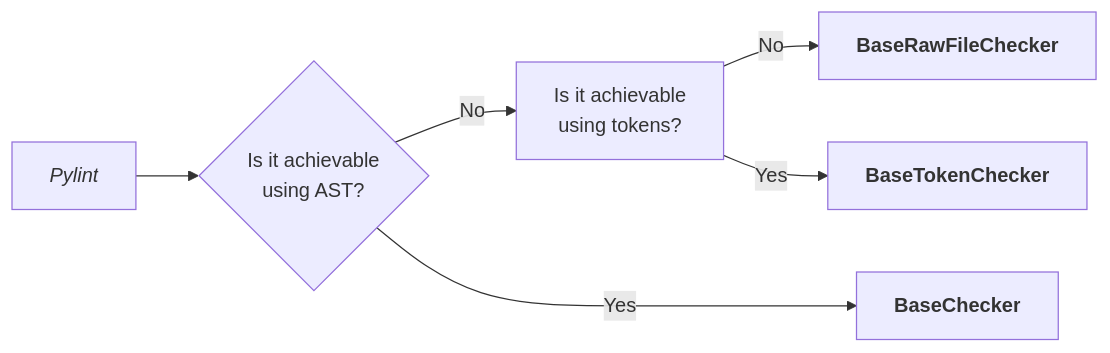
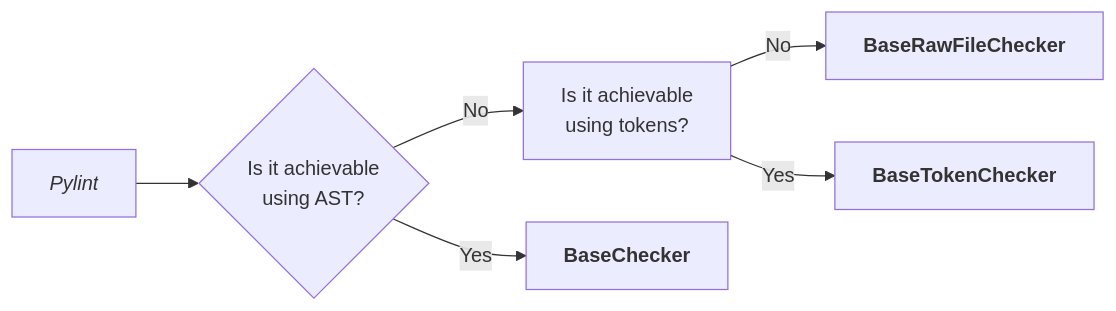
Before and after one commit to hanggrian/rulebook: the fourth of 4 diagrams in CONTRIBUTING.md, drawn with Mermaid. The commit also changed other lines of this file and 202 other files, not shown here.

````diff
--- a/CONTRIBUTING.md
+++ b/CONTRIBUTING.md
@@ -28,8 +28,8 @@
 ```mermaid
 graph LR
   A[<i>Pylint</i>] --> B{Is it achievable<br>using AST?};
   B --> |No| C[Is it achievable<br>using tokens?];
   C --> |No| D[<b>BaseRawFileChecker</b>];
   C --> |Yes| E[<b>BaseTokenChecker</b>];
-  B ---> |Yes| F[<b>BaseChecker</b>];
+  B --> |Yes| F[<b>BaseChecker</b>];
 ```
````
